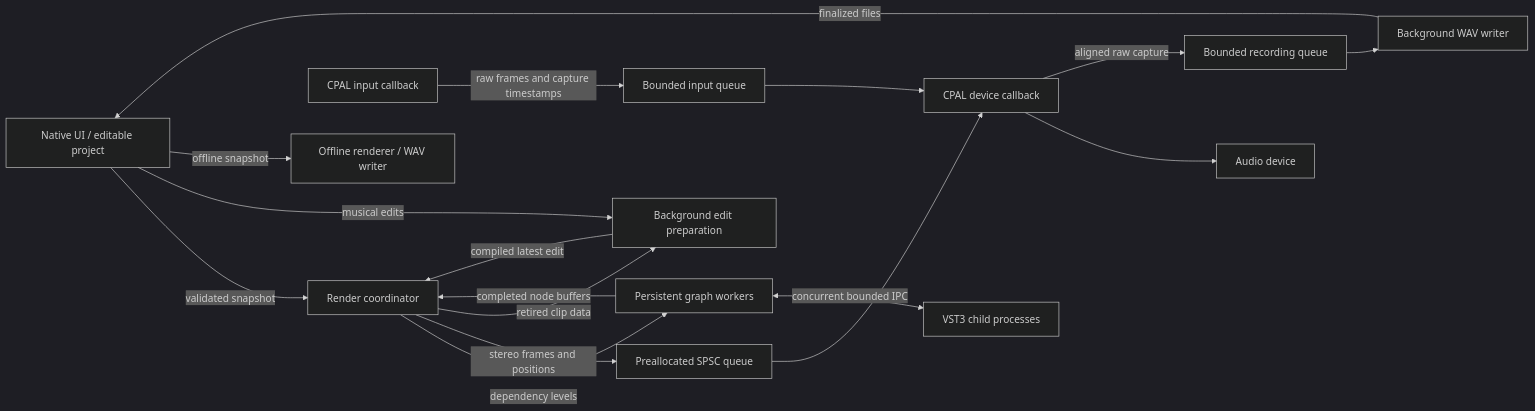
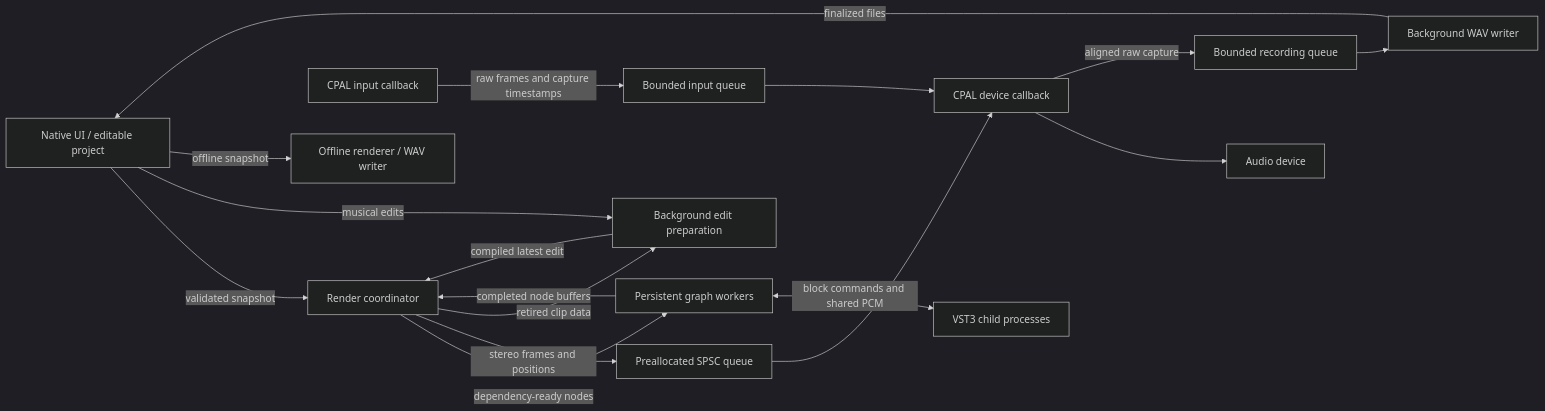
The diagram in docs/ARCHITECTURE.md (protocodus/rill-daw), drawn with Mermaid (dark theme) before and after one commit. The commit also changed other lines of this file and 34 other files, not shown here.

````diff
--- a/docs/ARCHITECTURE.md
+++ b/docs/ARCHITECTURE.md
@@ -19,19 +19,19 @@
 ```mermaid
 flowchart LR
     UI[Native UI / editable project] -->|validated snapshot| Worker[Render coordinator]
-    Worker -->|dependency levels| Pool[Persistent graph workers]
-    Pool <-->|concurrent bounded IPC| Plugins[VST3 child processes]
+    Worker -->|dependency-ready nodes| Pool[Persistent graph workers]
+    Pool <-->|block commands and shared PCM| Plugins[VST3 child processes]
     Pool -->|completed node buffers| Worker
     Worker -->|stereo frames and positions| Queue[Preallocated SPSC queue]
     Queue --> Callback[CPAL device callback]
     Callback --> Device[Audio device]
     Input[CPAL input callback] -->|raw frames and capture timestamps| InputQueue[Bounded input queue]
     InputQueue --> Callback
     Callback -->|aligned raw capture| CaptureQueue[Bounded recording queue]
     CaptureQueue --> Writer[Background WAV writer]
     Writer -->|finalized files| UI
     UI -->|musical edits| Prepare[Background edit preparation]
     Prepare -->|compiled latest edit| Worker
     Worker -->|retired clip data| Prepare
     UI -->|offline snapshot| Export[Offline renderer / WAV writer]
 ```
````
